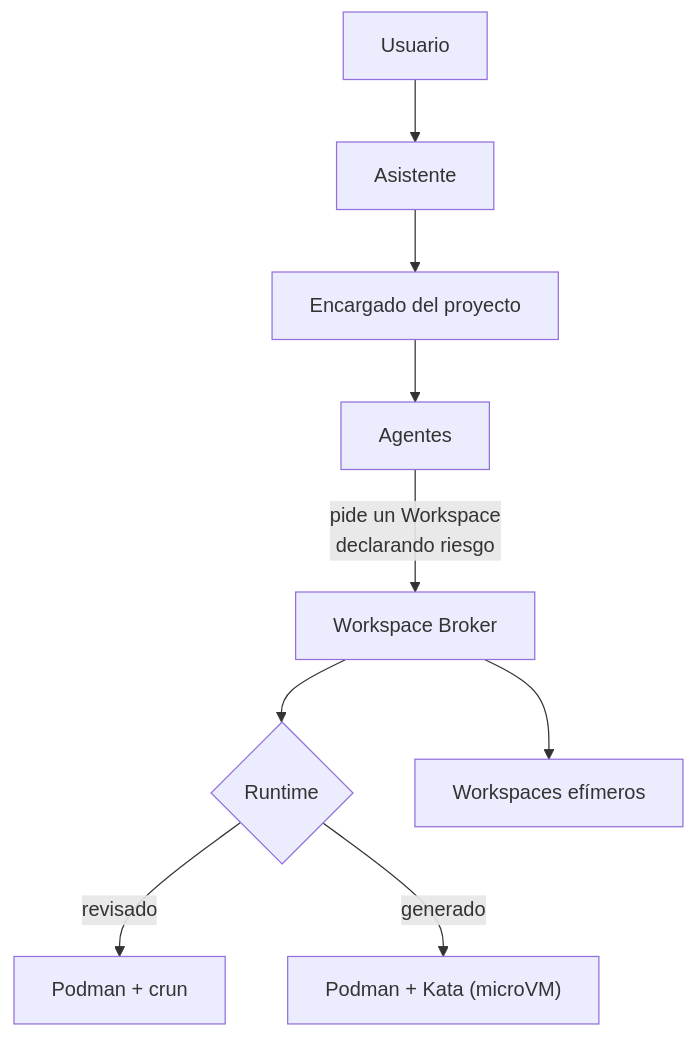
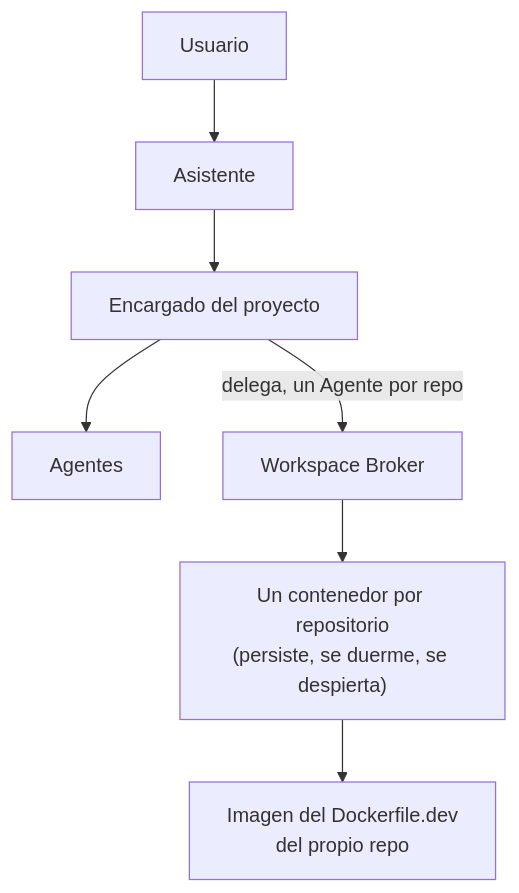
One commit to osorio-cristian-wt/jafne changed the diagram in README.md. Above: the diagram before and after it, drawn with Mermaid. The commit also changed other lines of this file and 12 other files, not shown here.

````diff
--- a/README.md
+++ b/README.md
@@ -20,11 +20,9 @@
 ```mermaid
 flowchart TD
     U[Usuario] --> AS[Asistente]
     AS --> EN[Encargado del proyecto]
     EN --> AG[Agentes]
-    AG -->|"pide un Workspace<br/>declarando riesgo"| WB[Workspace Broker]
-    WB --> R{Runtime}
-    R -->|revisado| C["Podman + crun"]
-    R -->|generado| M["Podman + Kata (microVM)"]
-    WB --> WS[Workspaces efímeros]
+    EN -->|delega, un Agente por repo| WB[Workspace Broker]
+    WB --> WS["Un contenedor por repositorio<br/>(persiste, se duerme, se despierta)"]
+    WS --> IMG["Imagen del Dockerfile.dev<br/>del propio repo"]
 ```
````
